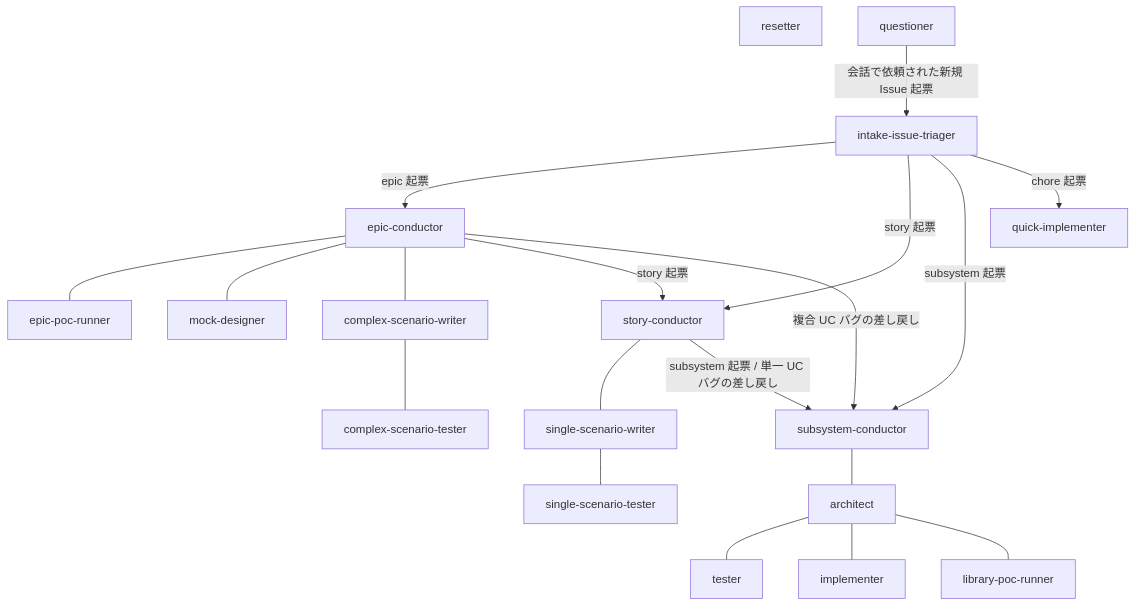
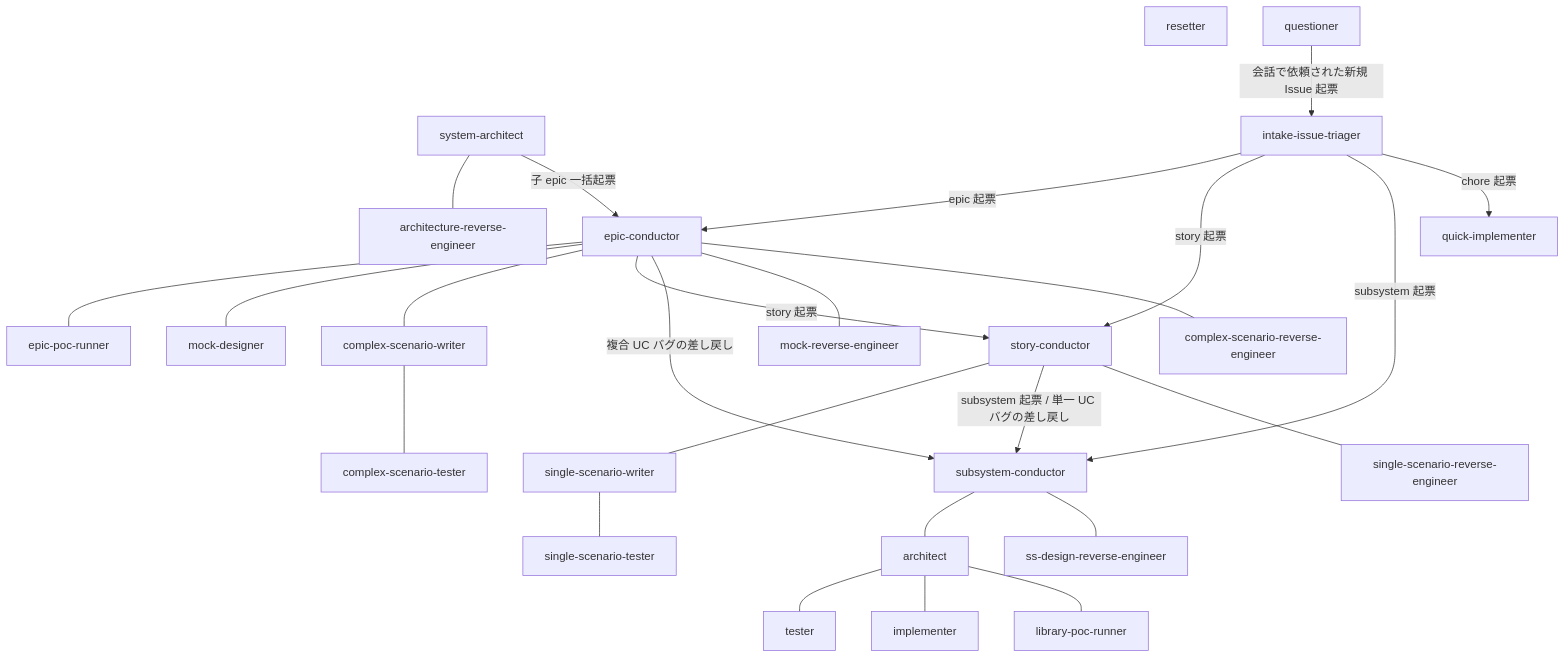
The diagram in docs/wiki/プロジェクト管理/エージェント組織図.md (shuhei1101/ai-monitor), drawn with Mermaid before and after one commit. The commit also changed other lines of this file and 162 other files, not shown here.

````diff
--- a/docs/wiki/プロジェクト管理/エージェント組織図.md
+++ b/docs/wiki/プロジェクト管理/エージェント組織図.md
@@ -15,44 +19,57 @@
 ```mermaid
 flowchart TD
+  SYA[system-architect]
+  ARE[architecture-reverse-engineer]
+  MRE[mock-reverse-engineer]
+  CRE[complex-scenario-reverse-engineer]
+  SRE[single-scenario-reverse-engineer]
+  DRE[ss-design-reverse-engineer]
   INTAKE[intake-issue-triager]
   EC[epic-conductor]
   SC[story-conductor]
   BC[subsystem-conductor]
   QIM[quick-implementer]
   EPR[epic-poc-runner]
   MD[mock-designer]
   CSW[complex-scenario-writer]
   CST[complex-scenario-tester]
   SSW[single-scenario-writer]
   SST[single-scenario-tester]
   ARC[architect]
   LPR[library-poc-runner]
   TST[tester]
   IMP[implementer]
   RST[resetter]
   QST[questioner]
 
+  SYA --- ARE
+  SYA -->|子 epic 一括起票| EC
+
   INTAKE -->|epic 起票| EC
   INTAKE -->|story 起票| SC
   INTAKE -->|subsystem 起票| BC
   INTAKE -->|chore 起票| QIM
 
   EC --- EPR
   EC --- MD
   EC --- CSW
   EC -->|story 起票| SC
   EC -->|複合 UC バグの差し戻し| BC
   CSW --- CST
+  EC --- MRE
+  EC --- CRE
 
   SC --- SSW
   SC -->|subsystem 起票 / 単一 UC バグの差し戻し| BC
   SSW --- SST
+  SC --- SRE
 
   BC --- ARC
   ARC --- TST
   ARC --- IMP
   ARC --- LPR
+  BC --- DRE
 
   RST
   QST -->|会話で依頼された新規 Issue 起票| INTAKE
 ```
````
